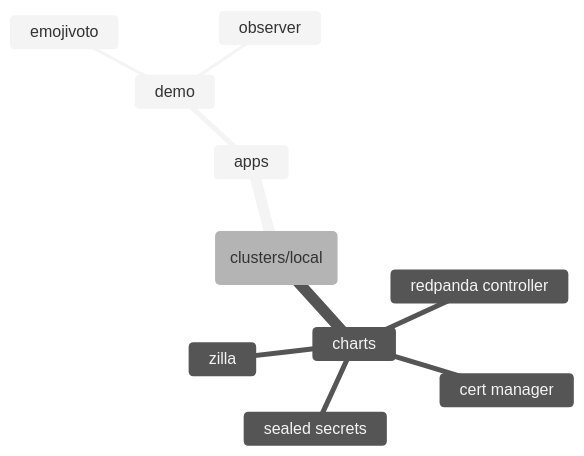
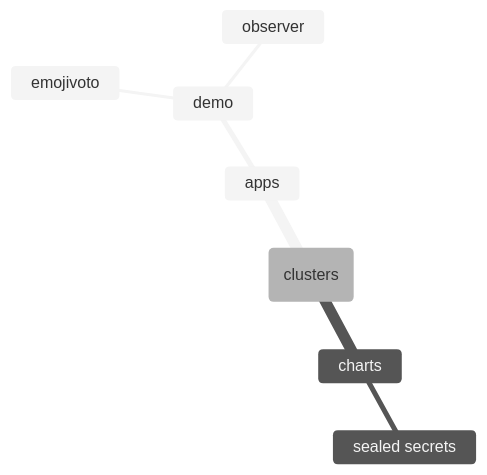
Before and after one commit to orbservability/demo-cluster: the diagram in README.md, drawn with Mermaid (neutral theme). The commit also changed other lines of this file, not shown here.

````diff
--- a/README.md
+++ b/README.md
@@ -5,13 +5,10 @@
 ```mermaid
 mindmap
-  root(clusters/local)
+  root(clusters)
     apps
       demo
         emojivoto
         observer
     charts
-      cert manager
-      redpanda controller
       sealed secrets
-      zilla
 ```
````
